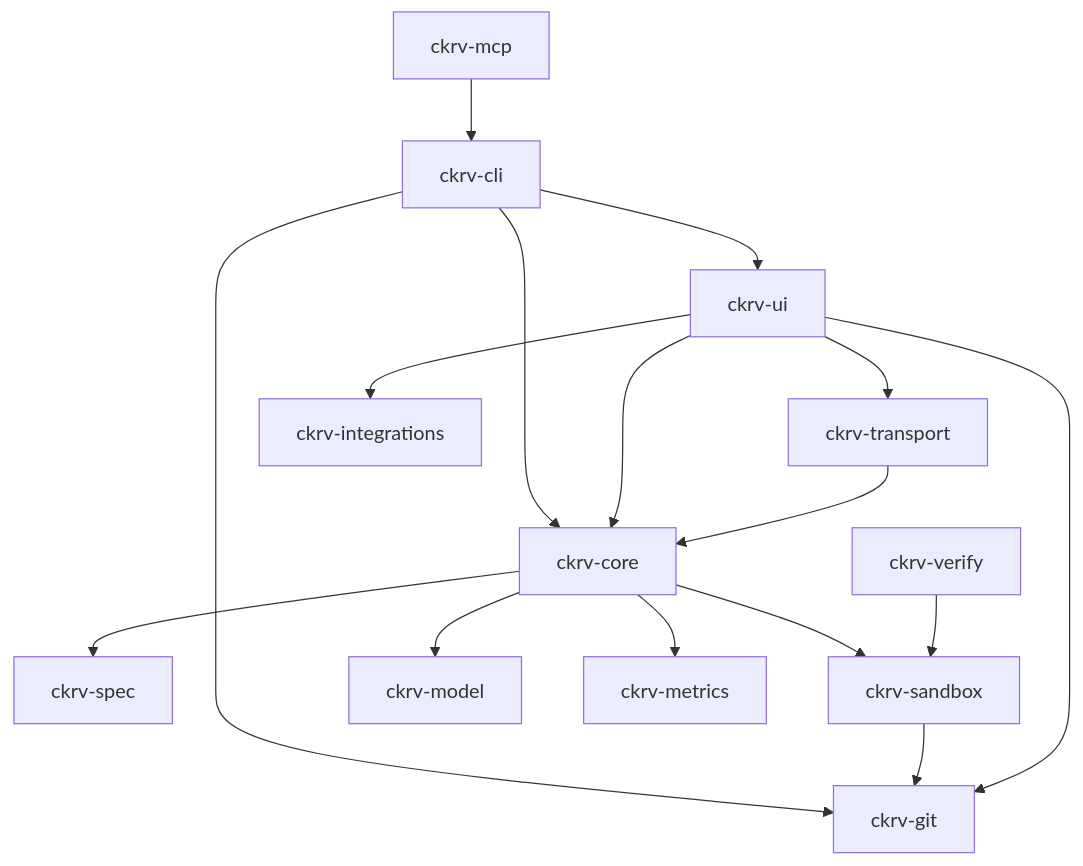
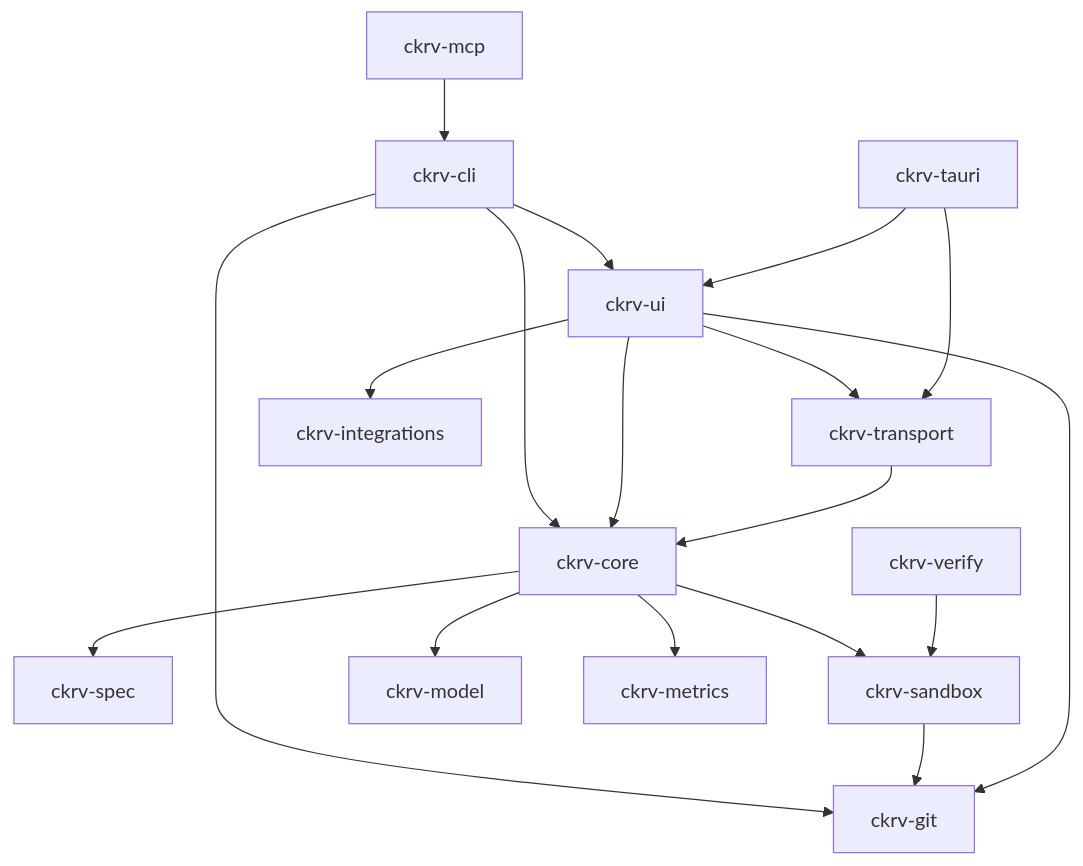
The first of 2 diagrams in crates/docs/architecture.md (FnSK4R17s/chakravarti-cli), drawn with Mermaid before and after one commit. The commit also changed other lines of this file and 90 other files, not shown here.

````diff
--- a/crates/docs/architecture.md
+++ b/crates/docs/architecture.md
@@ -20,24 +20,27 @@
 ```mermaid
 graph TD
     CLI[ckrv-cli] --> CORE[ckrv-core]
     CLI --> UI[ckrv-ui]
     CLI --> GIT[ckrv-git]
     
     CORE --> SPEC[ckrv-spec]
     CORE --> SANDBOX[ckrv-sandbox]
     CORE --> MODEL[ckrv-model]
     CORE --> METRICS[ckrv-metrics]
     
     SANDBOX --> GIT
     
     UI --> CORE
     UI --> GIT
     UI --> TRANSPORT[ckrv-transport]
     UI --> INTEGRATIONS[ckrv-integrations]
     
     TRANSPORT --> CORE
     
+    TAURI[ckrv-tauri] --> TRANSPORT
+    TAURI --> UI
+    
     MCP[ckrv-mcp] --> CLI
     
     VERIFY[ckrv-verify] --> SANDBOX
 ```
````
